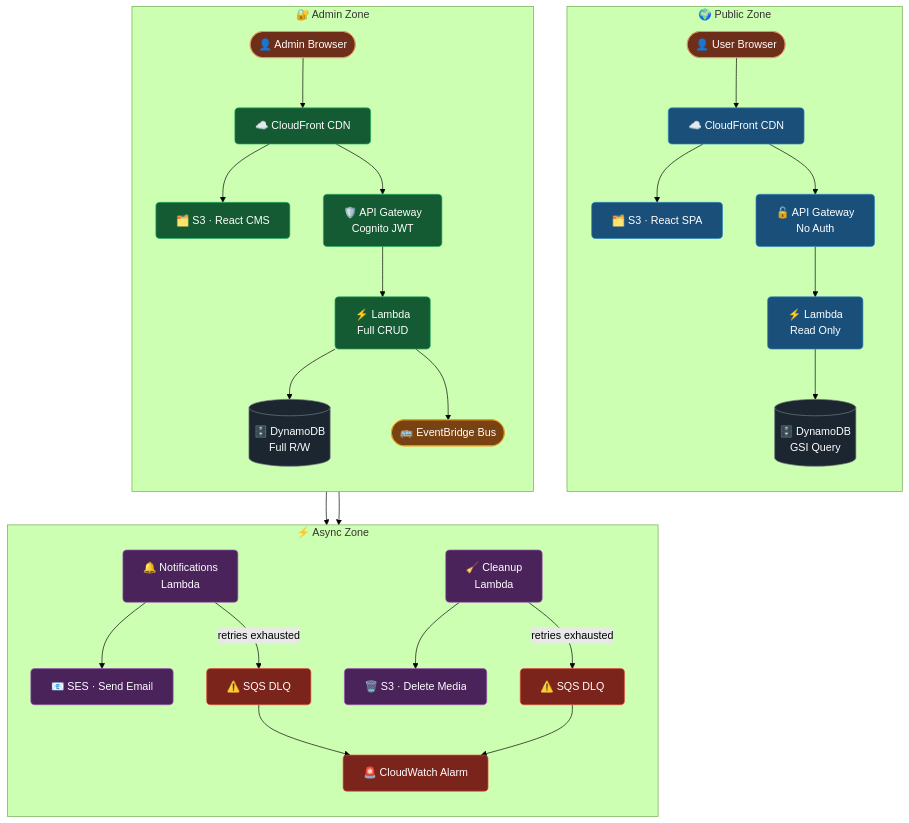
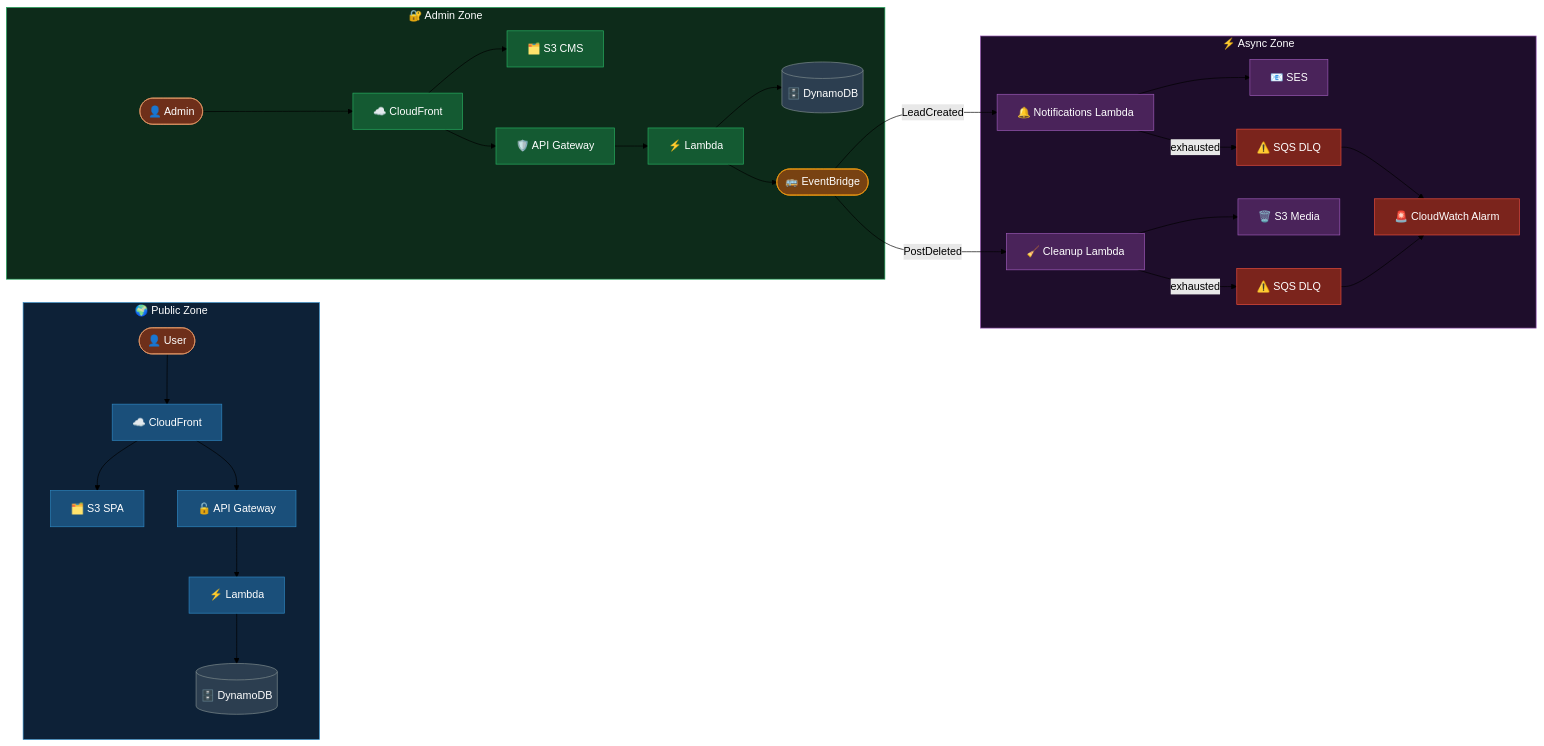
The first of 7 diagrams in readme.md (shaunniee/AWS_SERVERLESS_BLOG), drawn with Mermaid (forest theme) before and after one commit. The commit also changed other lines of this file, not shown here.

````diff
--- a/readme.md
+++ b/readme.md
@@ -64,41 +64,42 @@
 ```mermaid
-flowchart TD
-    classDef publicStyle fill:#1a4f7a,stroke:#2e86c1,color:#fff,rx:6
-    classDef adminStyle fill:#145a32,stroke:#27ae60,color:#fff,rx:6
-    classDef asyncStyle fill:#4a235a,stroke:#9b59b6,color:#fff,rx:6
-    classDef dbStyle fill:#1b2631,stroke:#717d7e,color:#fff,rx:6
+flowchart LR
     classDef userStyle fill:#6e2f1a,stroke:#e59866,color:#fff
+    classDef publicStyle fill:#1a4f7a,stroke:#2e86c1,color:#fff
+    classDef adminStyle fill:#145a32,stroke:#27ae60,color:#fff
+    classDef asyncStyle fill:#4a235a,stroke:#9b59b6,color:#fff
+    classDef dbStyle fill:#2c3e50,stroke:#7f8c8d,color:#fff
     classDef busStyle fill:#784212,stroke:#f39c12,color:#fff
-    classDef alarmStyle fill:#7b241c,stroke:#e74c3c,color:#fff,rx:6
+    classDef alarmStyle fill:#7b241c,stroke:#e74c3c,color:#fff
 
     subgraph PUBLIC["🌍  Public Zone"]
-        direction TB
-        PB(["👤 User Browser"]):::userStyle --> PCF["☁️ CloudFront CDN"]:::publicStyle
-        PCF --> PS3["🗂️ S3 · React SPA"]:::publicStyle
-        PCF --> PAGW["🔓 API Gateway\nNo Auth"]:::publicStyle
-        PAGW --> PL["⚡ Lambda\nRead Only"]:::publicStyle
-        PL --> DDB[("🗄️ DynamoDB\nGSI Query")]:::dbStyle
+        PB(["👤 User"]):::userStyle --> PCF["☁️ CloudFront"]:::publicStyle
+        PCF --> PS3["🗂️ S3 SPA"]:::publicStyle
+        PCF --> PAGW["🔓 API Gateway"]:::publicStyle
+        PAGW --> PL["⚡ Lambda"]:::publicStyle
+        PL --> DDB[("🗄️ DynamoDB")]:::dbStyle
     end
 
     subgraph ADMIN["🔐  Admin Zone"]
-        direction TB
-        AB(["👤 Admin Browser"]):::userStyle --> ACF["☁️ CloudFront CDN"]:::adminStyle
-        ACF --> AS3["🗂️ S3 · React CMS"]:::adminStyle
-        ACF --> AAGW["🛡️ API Gateway\nCognito JWT"]:::adminStyle
-        AAGW --> AL["⚡ Lambda\nFull CRUD"]:::adminStyle
-        AL --> DDB2[("🗄️ DynamoDB\nFull R/W")]:::dbStyle
-        AL --> EB(["🚌 EventBridge Bus"]):::busStyle
+        AB(["👤 Admin"]):::userStyle --> ACF["☁️ CloudFront"]:::adminStyle
+        ACF --> AS3["🗂️ S3 CMS"]:::adminStyle
+        ACF --> AAGW["🛡️ API Gateway"]:::adminStyle
+        AAGW --> AL["⚡ Lambda"]:::adminStyle
+        AL --> DDB2[("🗄️ DynamoDB")]:::dbStyle
+        AL --> EB(["🚌 EventBridge"]):::busStyle
     end
 
     subgraph ASYNC["⚡  Async Zone"]
-        direction TB
-        EB --> NL["🔔 Notifications\nLambda"]:::asyncStyle
-        EB --> CL["🧹 Cleanup\nLambda"]:::asyncStyle
-        NL --> SES["📧 SES · Send Email"]:::asyncStyle
-        CL --> S3M["🗑️ S3 · Delete Media"]:::asyncStyle
-        NL -->|retries exhausted| DLQ1["⚠️ SQS DLQ"]:::alarmStyle
-        CL -->|retries exhausted| DLQ2["⚠️ SQS DLQ"]:::alarmStyle
-        DLQ1 --> CWA["🚨 CloudWatch Alarm"]:::alarmStyle
-        DLQ2 --> CWA
+        NL["🔔 Notifications Lambda"]:::asyncStyle --> SES["📧 SES"]:::asyncStyle
+        CL["🧹 Cleanup Lambda"]:::asyncStyle --> S3M["🗑️ S3 Media"]:::asyncStyle
+        NL -->|exhausted| DLQ1["⚠️ SQS DLQ"]:::alarmStyle
+        CL -->|exhausted| DLQ2["⚠️ SQS DLQ"]:::alarmStyle
+        DLQ1 & DLQ2 --> CWA["🚨 CloudWatch Alarm"]:::alarmStyle
     end
+
+    EB -->|LeadCreated| NL
+    EB -->|PostDeleted| CL
+
+    style PUBLIC fill:#0d2137,stroke:#2e86c1,color:#fff
+    style ADMIN fill:#0d2b1a,stroke:#27ae60,color:#fff
+    style ASYNC fill:#1e0d2b,stroke:#9b59b6,color:#fff
 ```
````
